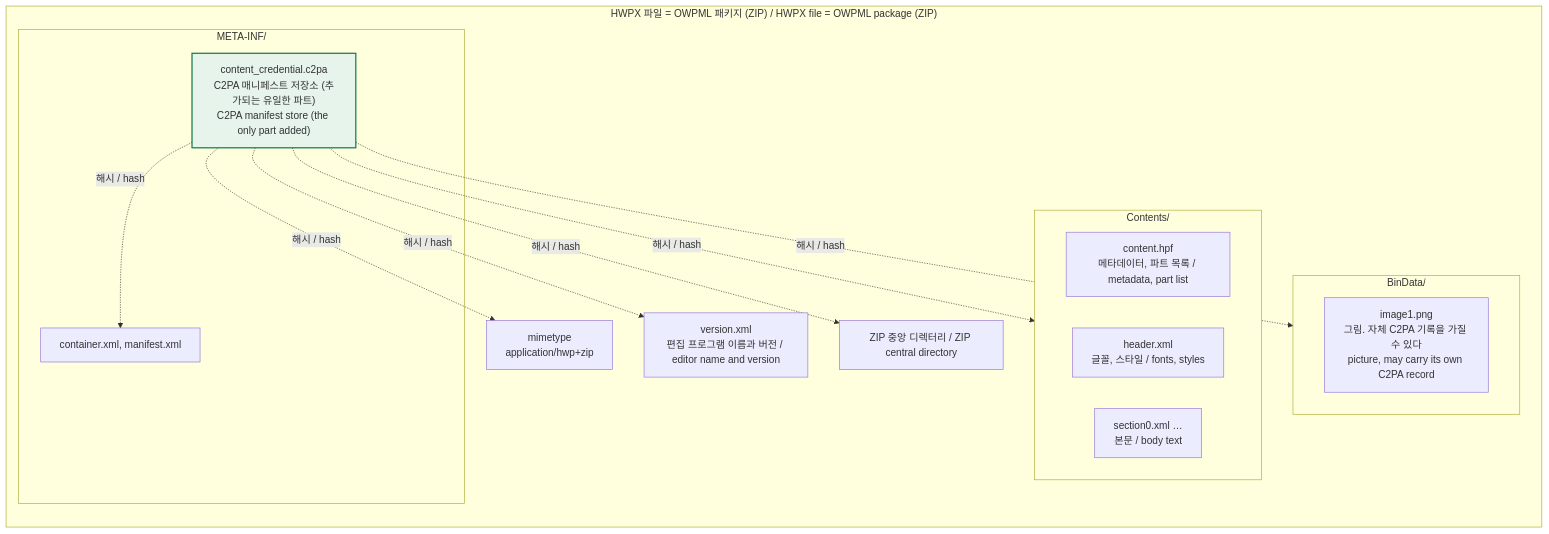
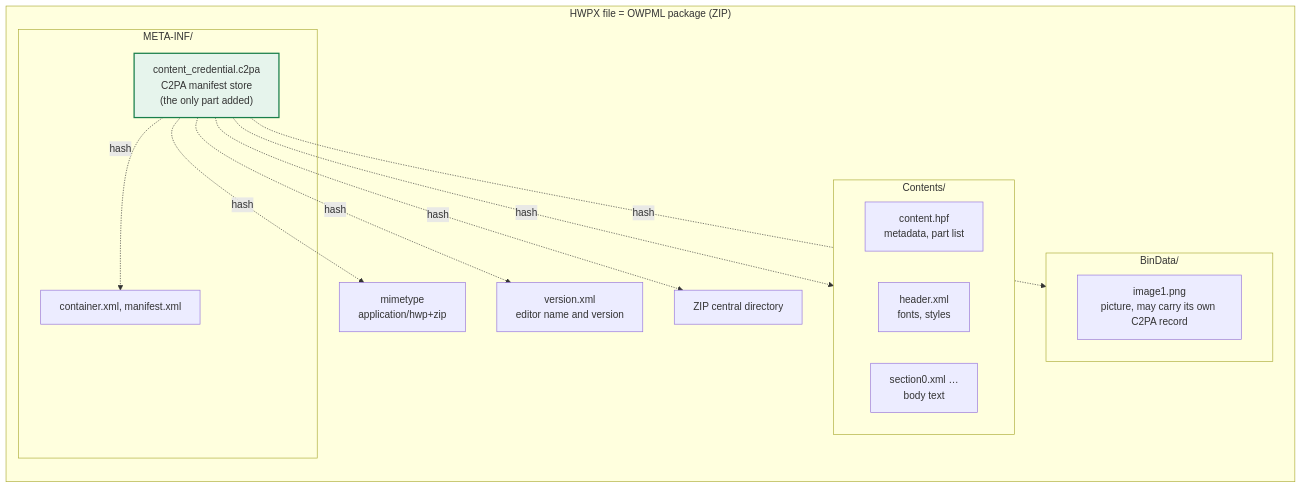
Before and after one commit to speeno/hwpx-c2pa: the first of 5 diagrams in docs/how-it-works.md, drawn with Mermaid. The commit also changed other lines of this file and 9 other files, not shown here.

````diff
--- a/docs/how-it-works.md
+++ b/docs/how-it-works.md
@@ -25,28 +22,28 @@
 ```mermaid
 flowchart TB
-  subgraph PKG["HWPX 파일 = OWPML 패키지 (ZIP) / HWPX file = OWPML package (ZIP)"]
+  subgraph PKG["HWPX file = OWPML package (ZIP)"]
     direction TB
     MT["mimetype<br/>application/hwp+zip"]
-    VER["version.xml<br/>편집 프로그램 이름과 버전 / editor name and version"]
+    VER["version.xml<br/>editor name and version"]
     subgraph CON["Contents/"]
-      HPF["content.hpf<br/>메타데이터, 파트 목록 / metadata, part list"]
-      HEAD["header.xml<br/>글꼴, 스타일 / fonts, styles"]
-      SEC["section0.xml …<br/>본문 / body text"]
+      HPF["content.hpf<br/>metadata, part list"]
+      HEAD["header.xml<br/>fonts, styles"]
+      SEC["section0.xml …<br/>body text"]
     end
     subgraph BIN["BinData/"]
-      PIC["image1.png<br/>그림. 자체 C2PA 기록을 가질 수 있다<br/>picture, may carry its own C2PA record"]
+      PIC["image1.png<br/>picture, may carry its own C2PA record"]
     end
     subgraph META["META-INF/"]
       CXML["container.xml, manifest.xml"]
-      C2PA["content_credential.c2pa<br/>C2PA 매니페스트 저장소 (추가되는 유일한 파트)<br/>C2PA manifest store (the only part added)"]
+      C2PA["content_credential.c2pa<br/>C2PA manifest store<br/>(the only part added)"]
     end
-    CD["ZIP 중앙 디렉터리 / ZIP central directory"]
+    CD["ZIP central directory"]
   end
-  C2PA -. "해시 / hash" .-> MT
-  C2PA -. "해시 / hash" .-> VER
-  C2PA -. "해시 / hash" .-> CON
-  C2PA -. "해시 / hash" .-> BIN
-  C2PA -. "해시 / hash" .-> CXML
-  C2PA -. "해시 / hash" .-> CD
+  C2PA -. "hash" .-> MT
+  C2PA -. "hash" .-> VER
+  C2PA -. "hash" .-> CON
+  C2PA -. "hash" .-> BIN
+  C2PA -. "hash" .-> CXML
+  C2PA -. "hash" .-> CD
   style C2PA fill:#e6f4ec,stroke:#1a7f4b,stroke-width:2px
 ```
````
